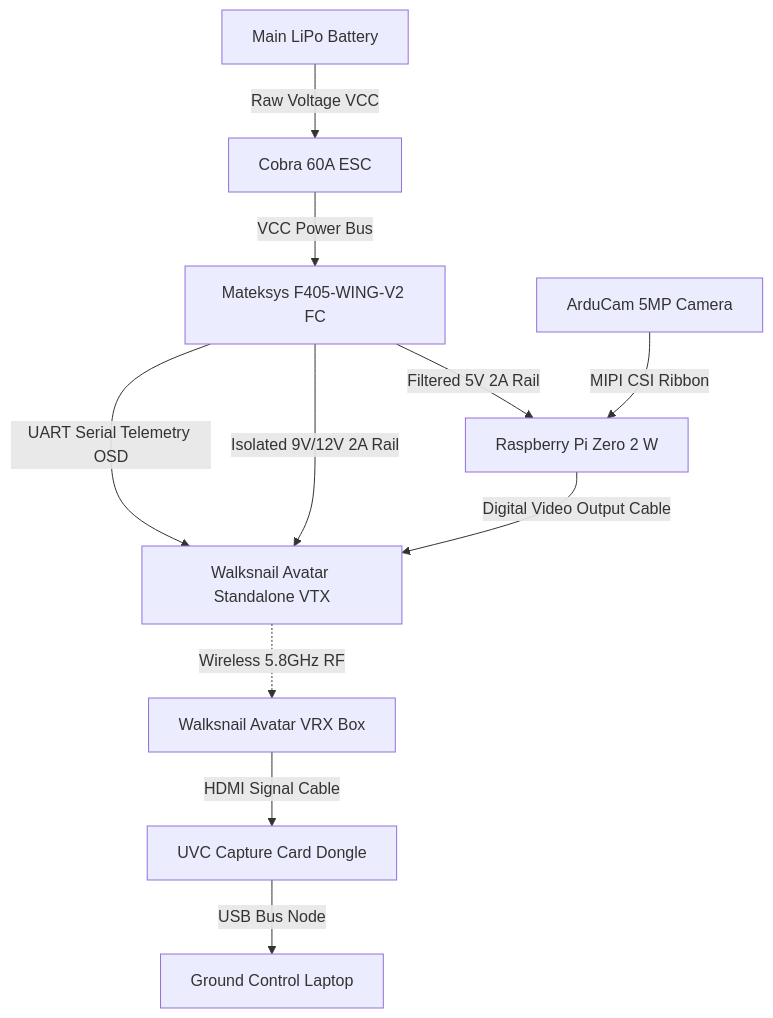
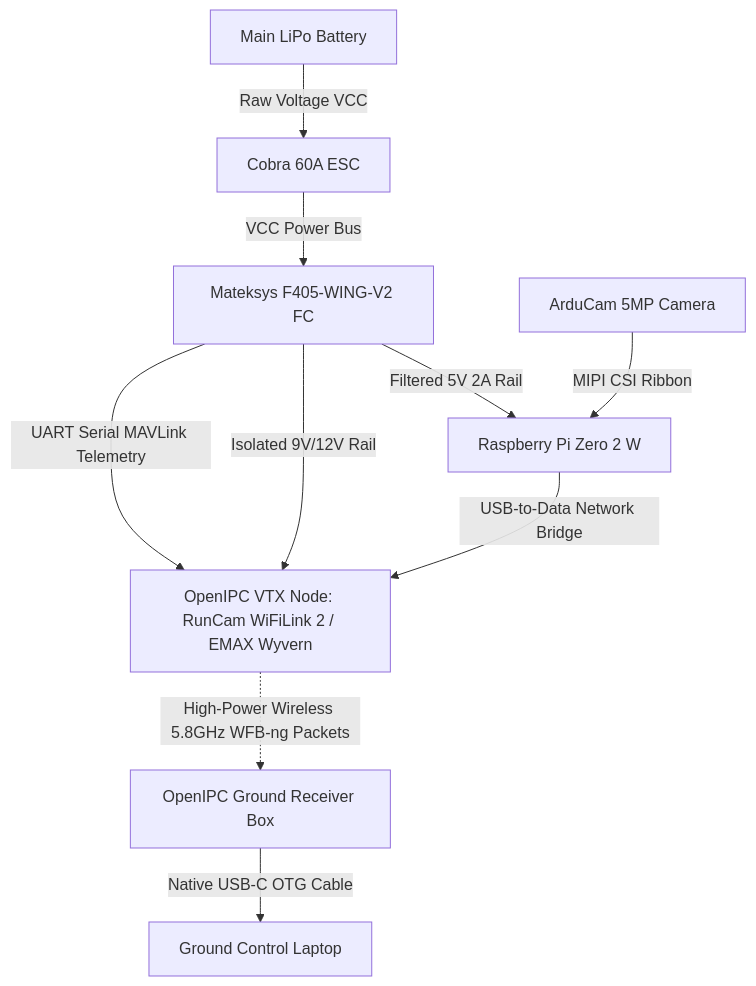
One commit to NightyKnight98/AirSplitter changed the diagram in docs/02_Architecture/01_subsystem_mapping.md. Above: the diagram before and after it, drawn with Mermaid.

Commit message:
docs(architecture): pivot video downlink topology to OpenIPC
- Replaces expensive proprietary 5.8GHz RF hardware layout
- Implements RunCam/EMAX OpenIPC network data bridge topology
- Routes video via native USB-C OTG to eliminate GCS capture card hardware

Closes #05

````diff
--- a/docs/02_Architecture/01_subsystem_mapping.md
+++ b/docs/02_Architecture/01_subsystem_mapping.md
@@ -29,17 +29,17 @@
 ```mermaid
 graph TD
     Battery[Main LiPo Battery] -->|Raw Voltage VCC| Cobra_ESC[Cobra 60A ESC]
     Cobra_ESC -->|VCC Power Bus| Matek_FC[Mateksys F405-WING-V2 FC]
     
     Matek_FC -->|Filtered 5V 2A Rail| Pi[Raspberry Pi Zero 2 W]
-    Matek_FC -->|Isolated 9V/12V 2A Rail| RF_Tx[Walksnail Avatar Standalone VTX]
+    Matek_FC -->|Isolated 9V/12V Rail| OpenIPC_VTX[OpenIPC VTX Node: RunCam WiFiLink 2 / EMAX Wyvern]
     
     ArduCam[ArduCam 5MP Camera] -->|MIPI CSI Ribbon| Pi
-    Pi -->|Digital Video Output Cable| RF_Tx
-    Matek_FC -->|UART Serial Telemetry OSD| RF_Tx
+    Pi -->|USB-to-Data Network Bridge| OpenIPC_VTX
+    Matek_FC -->|UART Serial MAVLink Telemetry| OpenIPC_VTX
     
-    RF_Tx -.->|Wireless 5.8GHz RF| GCS_Rx[Walksnail Avatar VRX Box]
-    GCS_Rx -->|HDMI Signal Cable| HDMI_Cap[UVC Capture Card Dongle]
-    HDMI_Cap -->|USB Bus Node| GCS_Laptop[Ground Control Laptop]
+    OpenIPC_VTX -.->|High-Power Wireless 5.8GHz WFB-ng Packets| OpenIPC_VRX[OpenIPC Ground Receiver Box]
+    OpenIPC_VRX -->|Native USB-C OTG Cable| GCS_Laptop[Ground Control Laptop]
+
 
 ```
````
